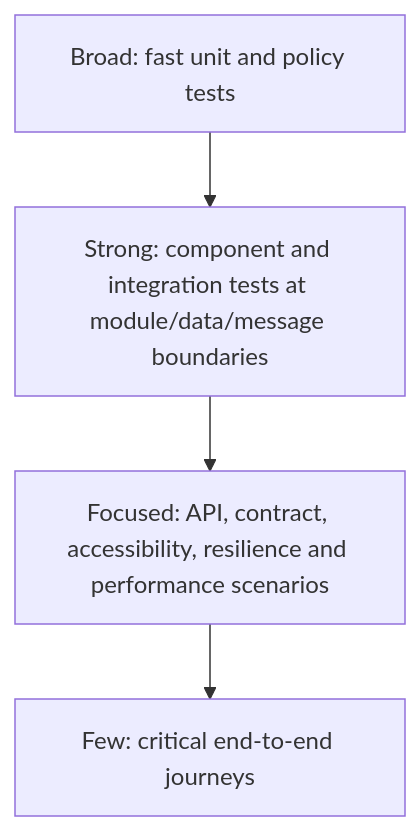
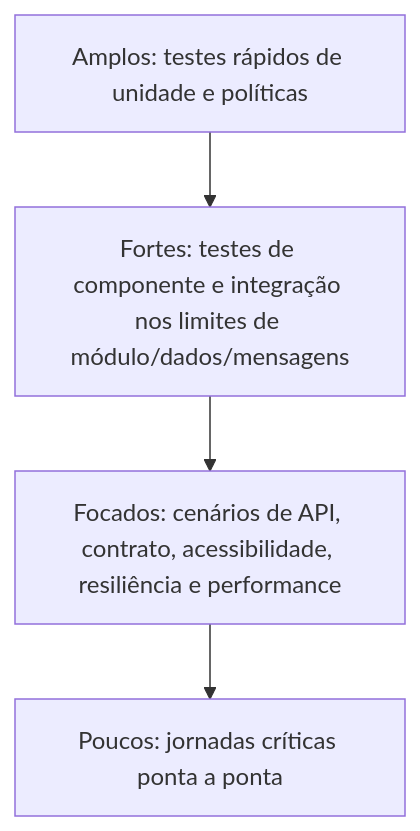
One commit to SYTEF/AEGIS changed the diagram in docs/TEST_STRATEGY.md. Above: the diagram before and after it, drawn with Mermaid. The commit also changed other lines of this file and 15 other files, not shown here.

````diff
--- a/docs/TEST_STRATEGY.md
+++ b/docs/TEST_STRATEGY.md
@@ -73,8 +73,8 @@
-```mermaid
+~~~mermaid
 flowchart TB
-    E2E["Few: critical end-to-end journeys"]
-    API["Focused: API, contract, accessibility, resilience and performance scenarios"]
-    INT["Strong: component and integration tests at module/data/message boundaries"]
-    UNIT["Broad: fast unit and policy tests"]
+    E2E["Poucos: jornadas críticas ponta a ponta"]
+    API["Focados: cenários de API, contrato, acessibilidade, resiliência e performance"]
+    INT["Fortes: testes de componente e integração nos limites de módulo/dados/mensagens"]
+    UNIT["Amplos: testes rápidos de unidade e políticas"]
     UNIT --> INT --> API --> E2E
-```
+~~~
````
